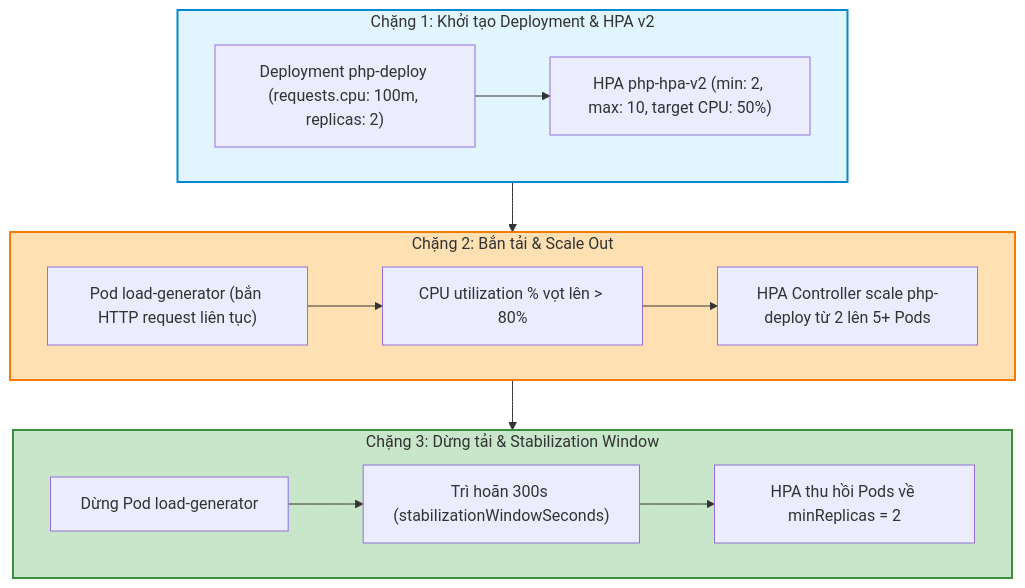
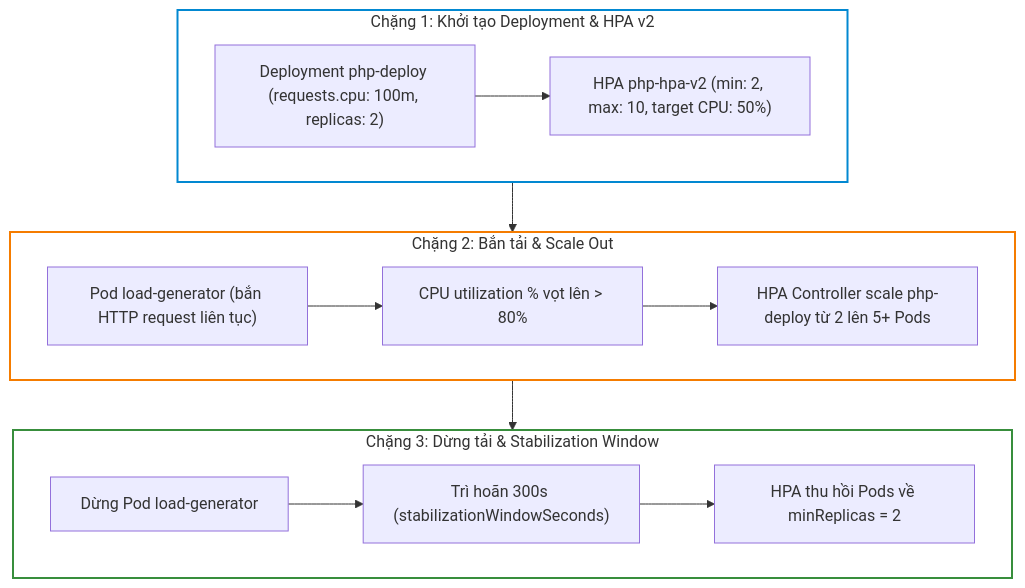
Before and after one commit to kiennt308/ntk: the third of 3 diagrams in _posts/2026-09-12-cka-19-19-autoscaling-hpa-va-cluster.md, drawn with Mermaid. The commit also changed other lines of this file and 207 other files, not shown here.

Commit message:
feat(posts): batch standardize all 208 posts with TL;DR, qa-card accordion, fill:none mermaid, and liquid raw wrappers

````diff
--- a/_posts/2026-09-12-cka-19-19-autoscaling-hpa-va-cluster.md
+++ b/_posts/2026-09-12-cka-19-19-autoscaling-hpa-va-cluster.md
@@ -517,22 +521,22 @@
 ```mermaid
 graph TD
     subgraph Deploy_Setup ["Chặng 1: Khởi tạo Deployment & HPA v2"]
         DEPLOY["Deployment php-deploy (requests.cpu: 100m, replicas: 2)"] --> HPA_V2["HPA php-hpa-v2 (min: 2, max: 10, target CPU: 50%)"]
     end
 
     subgraph Load_Testing ["Chặng 2: Bắn tải & Scale Out"]
         LOAD_POD["Pod load-generator (bắn HTTP request liên tục)"] --> HIGH_CPU["CPU utilization % vọt lên > 80%"]
         HIGH_CPU --> SCALE_OUT["HPA Controller scale php-deploy từ 2 lên 5+ Pods"]
     end
 
     subgraph ScaleDown_Stabilization ["Chặng 3: Dừng tải & Stabilization Window"]
         STOP_LOAD["Dừng Pod load-generator"] --> STAB_WIN["Trì hoãn 300s (stabilizationWindowSeconds)"]
         STAB_WIN --> SCALE_IN["HPA thu hồi Pods về minReplicas = 2"]
     end
 
     Deploy_Setup --> Load_Testing --> ScaleDown_Stabilization
 
-    style Deploy_Setup fill:#e1f5fe,stroke:#0288d1,stroke-width:2px
-    style Load_Testing fill:#ffe0b2,stroke:#f57c00,stroke-width:2px
-    style ScaleDown_Stabilization fill:#c8e6c9,stroke:#388e3c,stroke-width:2px
+    style Deploy_Setup fill:none,stroke:#0288d1,stroke-width:2px
+    style Load_Testing fill:none,stroke:#f57c00,stroke-width:2px
+    style ScaleDown_Stabilization fill:none,stroke:#388e3c,stroke-width:2px
 ```
````
